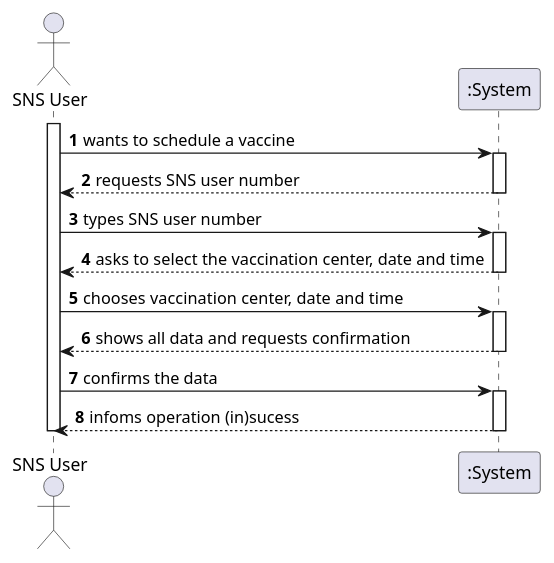
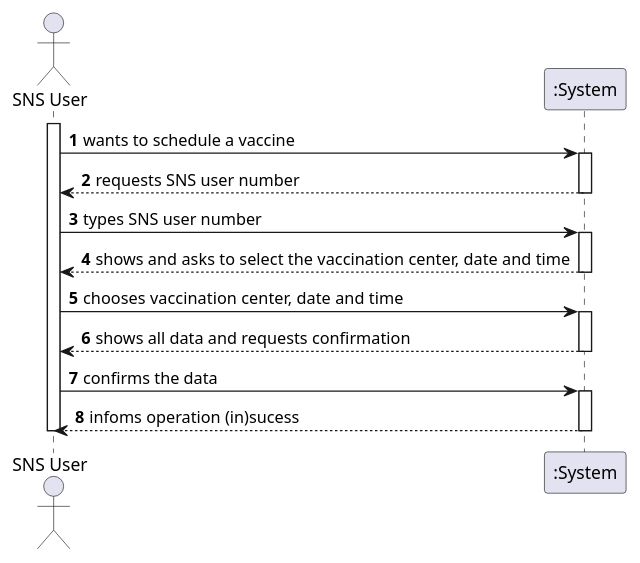
The diagram in docs/SprintC/US1/US1_SSD.puml (diogonapoles/isep-lapr2), drawn with PlantUML before and after one commit. The commit also changed 2 other files, not shown here.

```diff
--- a/docs/SprintC/US1/US1_SSD.puml
+++ b/docs/SprintC/US1/US1_SSD.puml
@@ -1,31 +1,31 @@
 @startuml
 'https://plantuml.com/sequence-diagram
 
 autonumber
 
 actor "SNS User" as User
 
 activate User
 User -> ":System" : wants to schedule a vaccine
 activate ":System"
 ":System" --> User : requests SNS user number
 deactivate ":System"
 
 User -> ":System" : types SNS user number
 activate ":System"
-":System" --> User : asks to select the vaccination center, date and time
+":System" --> User : shows and asks to select the vaccination center, date and time
 deactivate ":System"
 
 User -> ":System" : chooses vaccination center, date and time
 activate ":System"
 ":System" --> User : shows all data and requests confirmation
 deactivate ":System"
 
 User-> ":System" : confirms the data
 activate ":System"
 ":System" --> User : infoms operation (in)sucess
 deactivate ":System"
 
 
 deactivate User
 @enduml
```
